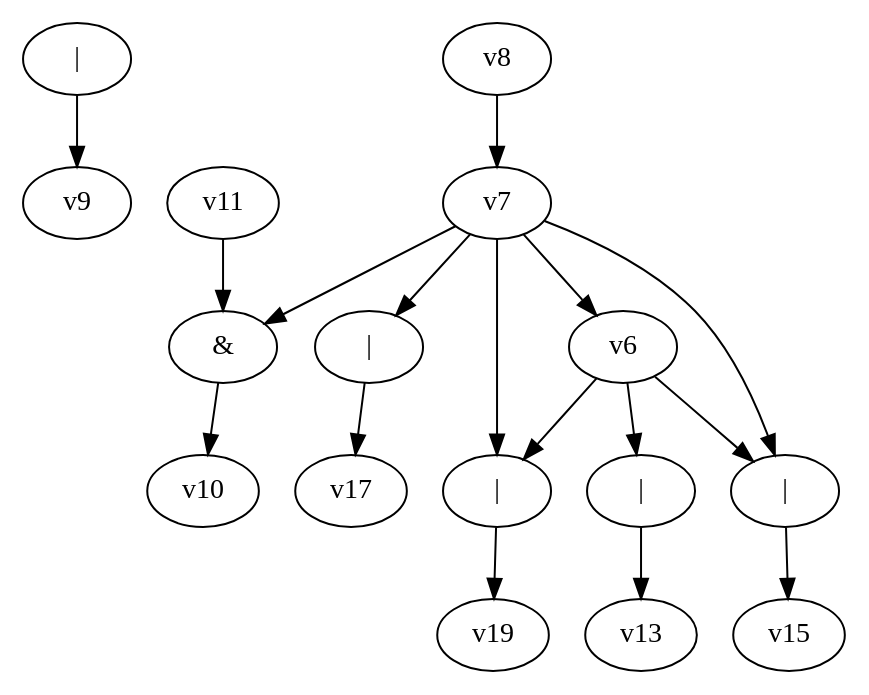
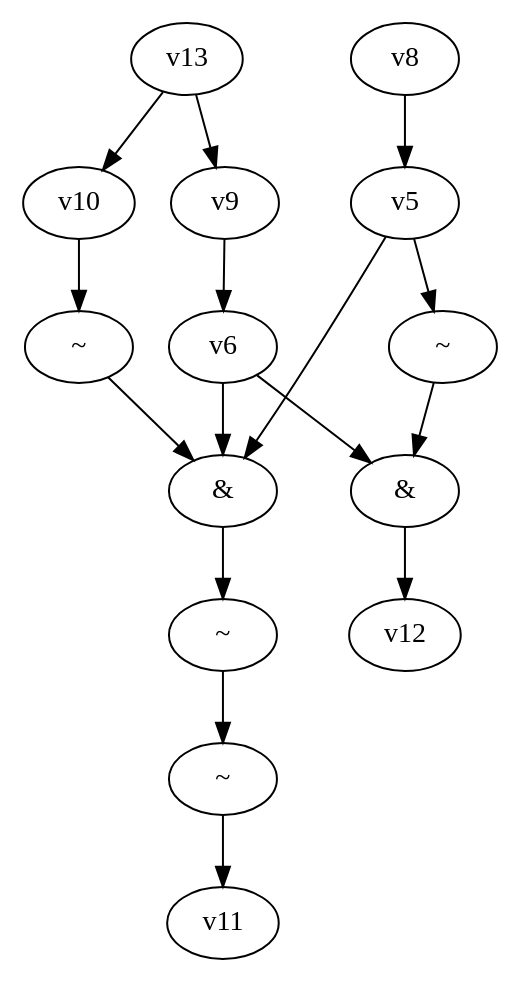
Before and after one commit to yadej/graph_project: the diagram in dot_files/random_bool_circ.dot, drawn with Graphviz. The commit also changed 1 other file, not shown here.

```diff
--- a/dot_files/random_bool_circ.dot
+++ b/dot_files/random_bool_circ.dot
@@ -1,20 +1,23 @@
 digraph G { 
-v0 [label="|"]; 
-v1 [label="&"]; 
-v12 [label="|"]; 
-v14 [label="|"]; 
-v16 [label="|"]; 
-v18 [label="|"]; 
-v0 -> v9;
-v1 -> v10;
-v6 -> v12 -> v13;
-v6 -> v14 -> v15;
-v6 -> v18 -> v19;
-v7 -> v1;
-v7 -> v6;
-v7 -> v14;
-v7 -> v16 -> v17;
-v7 -> v18;
-v8 -> v7;
-v11 -> v1;
+v0 [label="~"]; 
+v1 [label="~"]; 
+v2 [label="&"]; 
+v3 [label="~"]; 
+v4 [label="&"]; 
+v7 [label="~"]; 
+v0 -> v11;
+v1 -> v0;
+v2 -> v12;
+v3 -> v2;
+v4 -> v1;
+v5 -> v3;
+v5 -> v4;
+v6 -> v2;
+v6 -> v4;
+v7 -> v4;
+v8 -> v5;
+v9 -> v6;
+v10 -> v7;
+v13 -> v9;
+v13 -> v10;
 }
```
